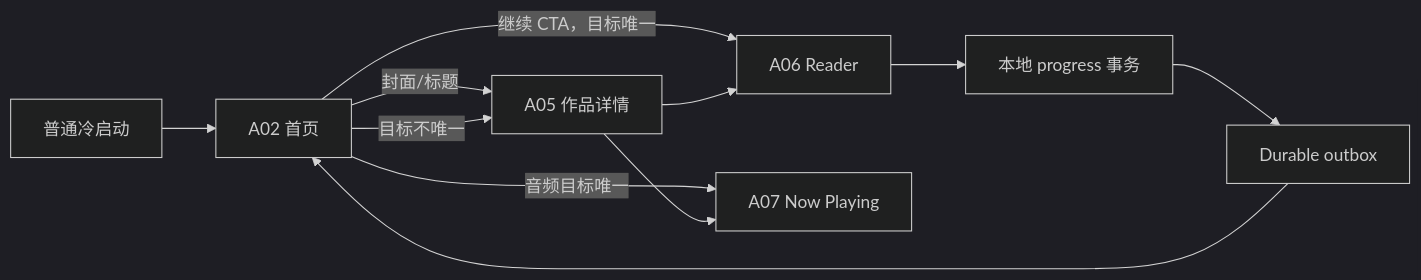
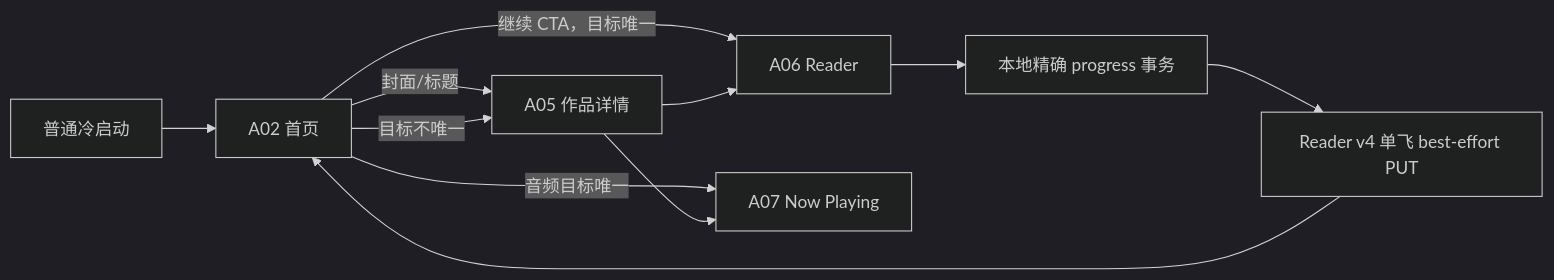
One commit to GMD170629/ermao-library changed the second of 7 diagrams in docs/mobile-app-phase-3-user-flows-and-wireframes.md. Above: the diagram before and after it, drawn with Mermaid (dark theme). The commit also changed other lines of this file and 316 other files, not shown here.

````diff
--- a/docs/mobile-app-phase-3-user-flows-and-wireframes.md
+++ b/docs/mobile-app-phase-3-user-flows-and-wireframes.md
@@ -155,13 +155,13 @@
 ```mermaid
 flowchart LR
     Launch["普通冷启动"] --> Home["A02 首页"]
     Home -->|"封面/标题"| Detail["A05 作品详情"]
     Home -->|"继续 CTA，目标唯一"| Reader["A06 Reader"]
     Home -->|"音频目标唯一"| Playing["A07 Now Playing"]
     Home -->|"目标不唯一"| Detail
     Detail --> Reader
     Detail --> Playing
-    Reader --> Local["本地 progress 事务"]
-    Local --> Outbox["Durable outbox"]
-    Outbox --> Home
+    Reader --> Local["本地精确 progress 事务"]
+    Local --> Sync["Reader v4 单飞 best-effort PUT"]
+    Sync --> Home
 ```
````
